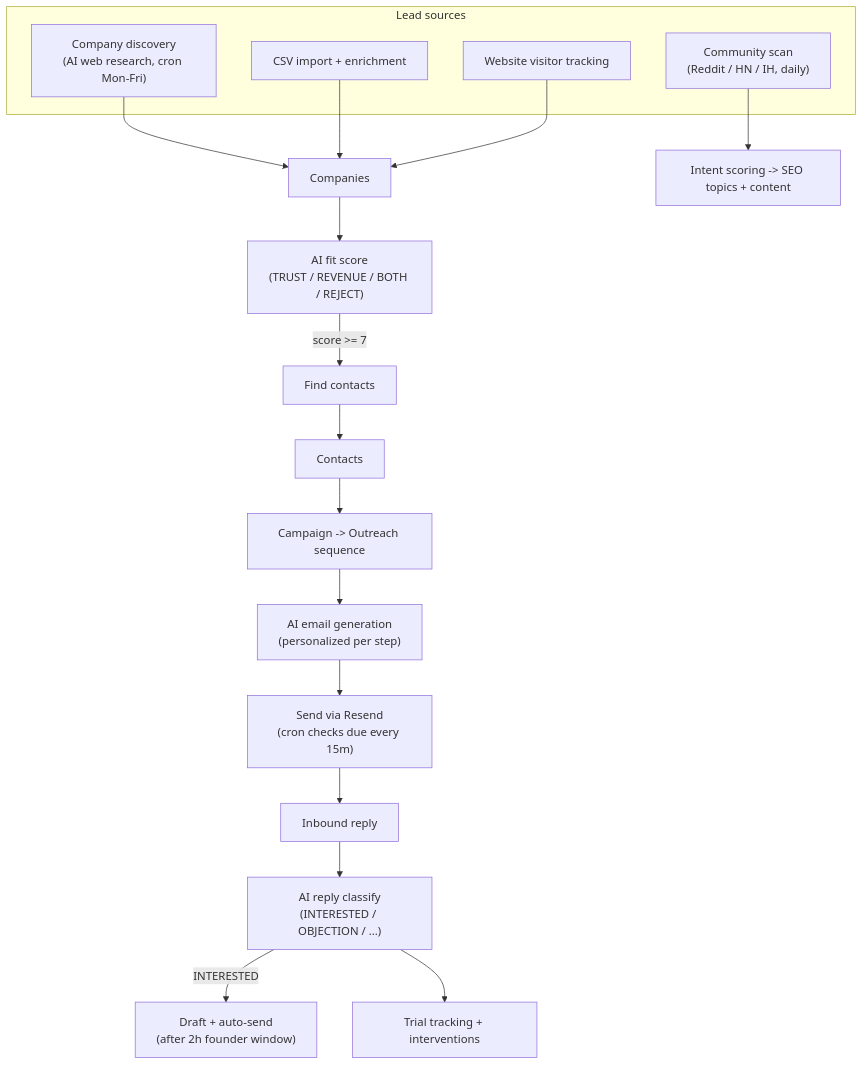
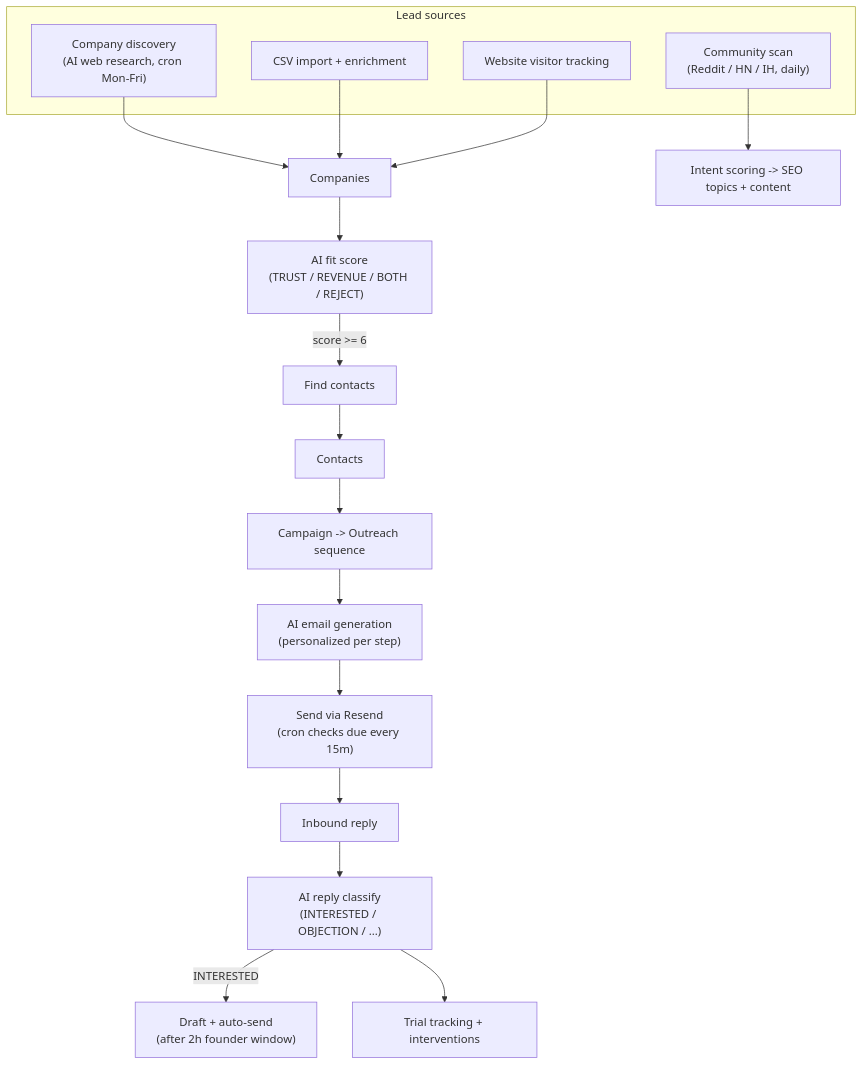
One commit to Korrali/growth changed the first of 6 diagrams in docs/architecture-flow.md. Above: the diagram before and after it, drawn with Mermaid. The commit also changed other lines of this file and 6 other files, not shown here.

````diff
--- a/docs/architecture-flow.md
+++ b/docs/architecture-flow.md
@@ -7,23 +7,23 @@
 ```mermaid
 flowchart TD
     subgraph Sources["Lead sources"]
         DISC["Company discovery<br/>(AI web research, cron Mon-Fri)"]
         CSV["CSV import + enrichment"]
         VIS["Website visitor tracking"]
         COMM["Community scan<br/>(Reddit / HN / IH, daily)"]
     end
     DISC --> CO["Companies"]
     CSV --> CO
     VIS --> CO
     CO --> FS["AI fit score<br/>(TRUST / REVENUE / BOTH / REJECT)"]
-    FS -->|"score >= 7"| CF["Find contacts"]
+    FS -->|"score >= 6"| CF["Find contacts"]
     CF --> CT["Contacts"]
     CT --> CAMP["Campaign -> Outreach sequence"]
     CAMP --> EG["AI email generation<br/>(personalized per step)"]
     EG --> SEND["Send via Resend<br/>(cron checks due every 15m)"]
     SEND --> REPLY["Inbound reply"]
     REPLY --> RC["AI reply classify<br/>(INTERESTED / OBJECTION / ...)"]
     RC -->|"INTERESTED"| AUTO["Draft + auto-send<br/>(after 2h founder window)"]
     RC --> TRIAL["Trial tracking + interventions"]
     COMM --> INTENT["Intent scoring -> SEO topics + content"]
 ```
````
